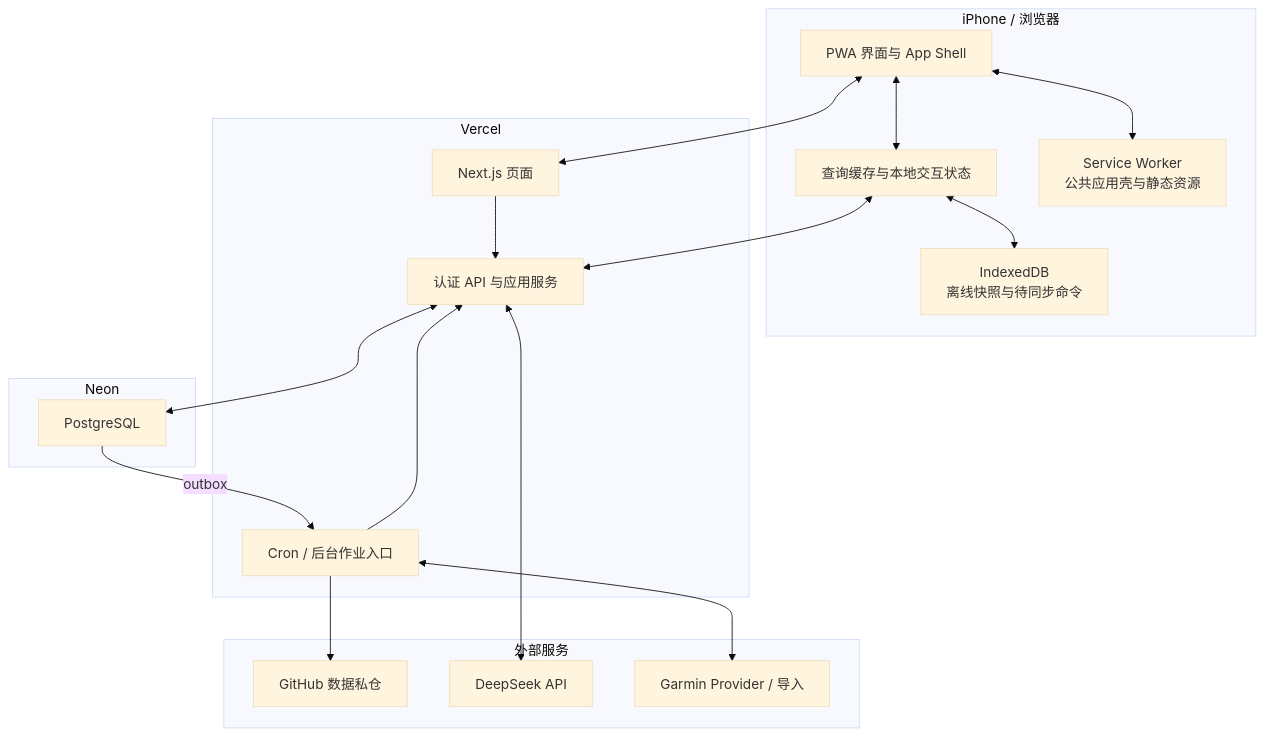
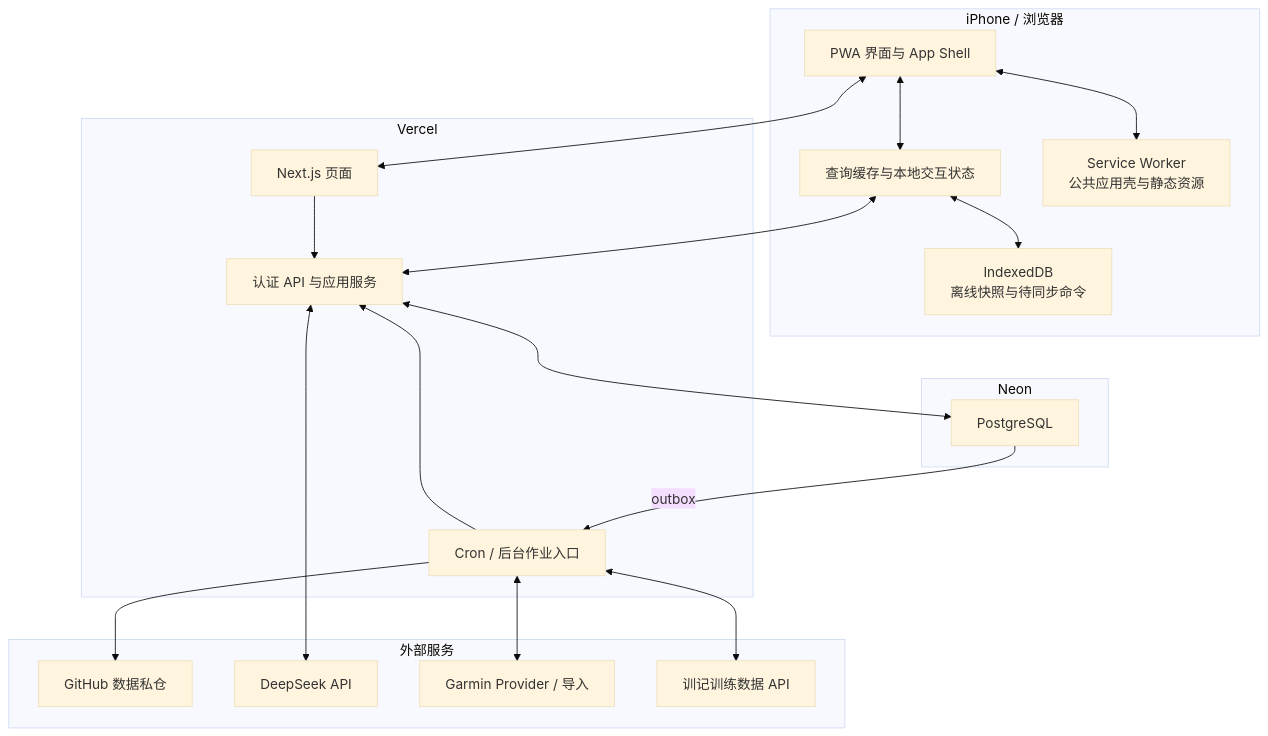
One commit to AK22AK/ak22ak_tracker changed the second of 3 diagrams in docs/architecture/overview.md. Above: the diagram before and after it, drawn with Mermaid (base theme). The commit also changed other lines of this file and 14 other files, not shown here.

````diff
--- a/docs/architecture/overview.md
+++ b/docs/architecture/overview.md
@@ -56,38 +57,40 @@
 ```mermaid
 flowchart TB
     subgraph PHONE["iPhone / 浏览器"]
         UI["PWA 界面与 App Shell"]
         QUERY["查询缓存与本地交互状态"]
         IDB["IndexedDB<br/>离线快照与待同步命令"]
         SW["Service Worker<br/>公共应用壳与静态资源"]
         UI <--> QUERY
         QUERY <--> IDB
         UI <--> SW
     end
 
     subgraph VERCEL["Vercel"]
         WEB["Next.js 页面"]
         API["认证 API 与应用服务"]
         JOBS["Cron / 后台作业入口"]
         WEB --> API
         JOBS --> API
     end
 
     subgraph NEON["Neon"]
         PG["PostgreSQL"]
     end
 
     subgraph EXTERNAL["外部服务"]
         GH["GitHub 数据私仓"]
         DS["DeepSeek API"]
         GC["Garmin Provider / 导入"]
+        XJ["训记训练数据 API"]
     end
 
     UI <--> WEB
     QUERY <--> API
     API <--> PG
     API <--> DS
     JOBS <--> GC
+    JOBS <--> XJ
     PG -->|"outbox"| JOBS
     JOBS --> GH
 ```
````
